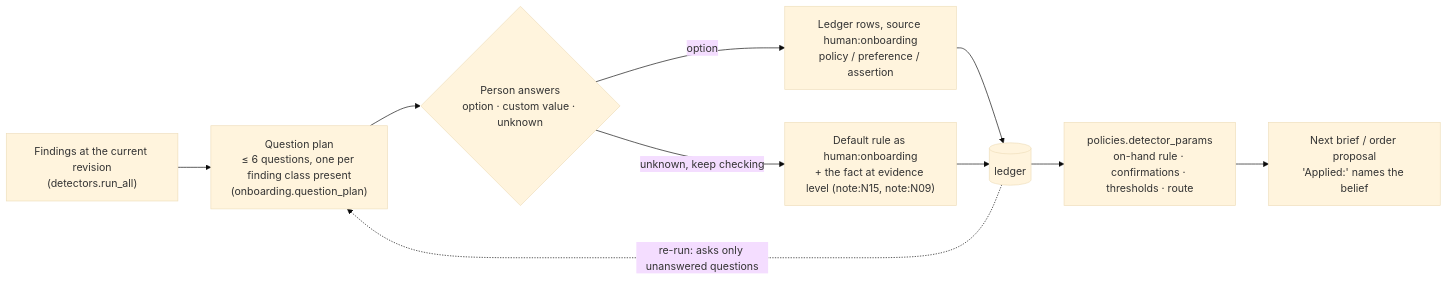
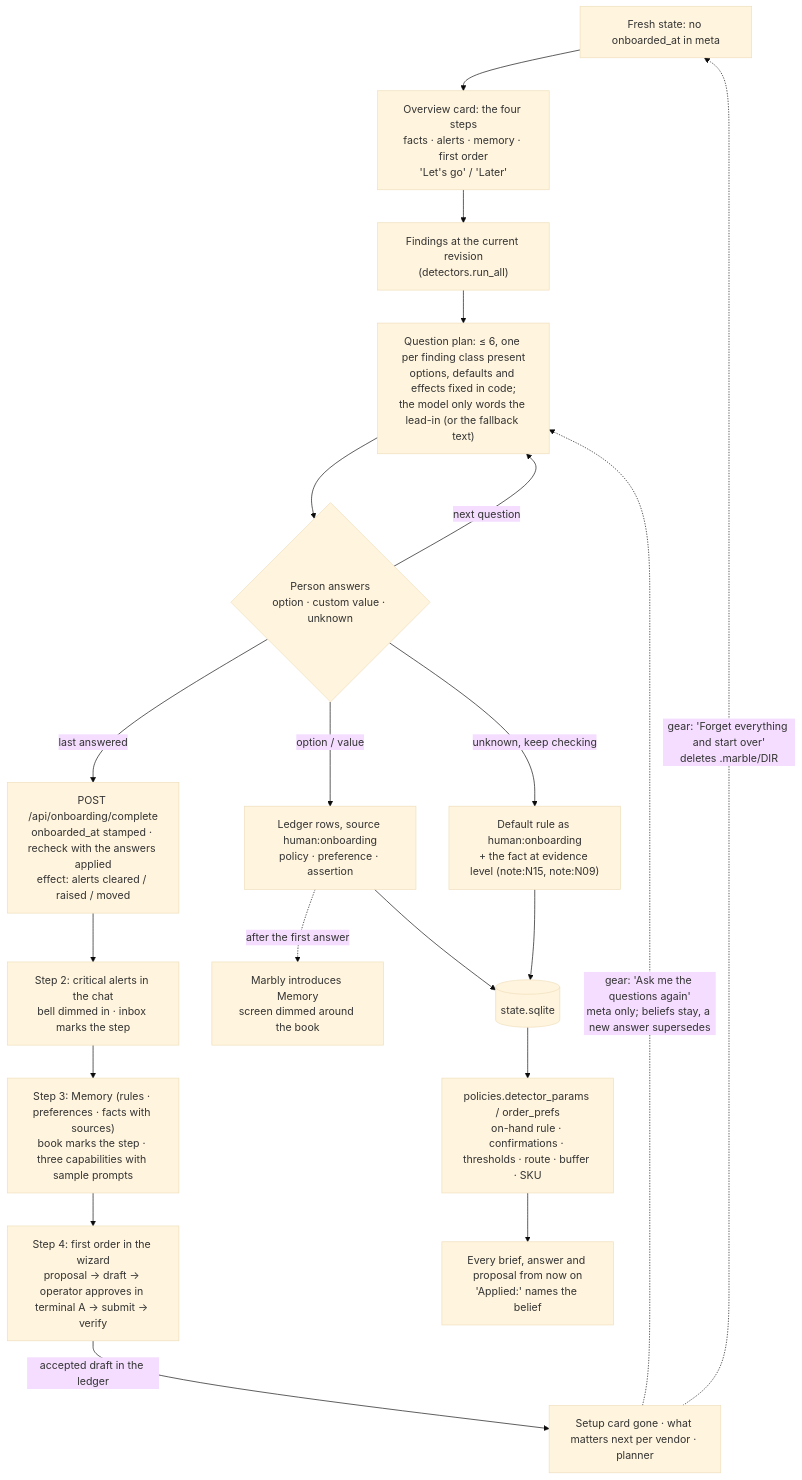
Before and after one commit to lilaland/lantern-yard-assistant: the diagram in docs/diagrams/02-onboarding.md, drawn with Mermaid (base theme). The commit also changed other lines of this file and 9 other files, not shown here.

First line of the commit message:
docs: diagrams redrawn, About page explains the two databases and how to wipe them, ARCHITECTURE.md rewritten

````diff
--- a/docs/diagrams/02-onboarding.md
+++ b/docs/diagrams/02-onboarding.md
@@ -3,12 +3,22 @@
 ```mermaid
-flowchart LR
-  F["Findings at the current revision<br/>(detectors.run_all)"] --> Q["Question plan<br/>≤ 6 questions, one per finding class present<br/>(onboarding.question_plan)"]
+flowchart TD
+  S0["Fresh state: no onboarded_at in meta"] --> OV["Overview card: the four steps<br/>facts · alerts · memory · first order<br/>'Let's go' / 'Later'"]
+  OV --> F["Findings at the current revision<br/>(detectors.run_all)"]
+  F --> Q["Question plan: ≤ 6, one per finding class present<br/>options, defaults and effects fixed in code;<br/>the model only words the lead-in (or the fallback text)"]
   Q --> P{"Person answers<br/>option · custom value · unknown"}
-  P -- "option" --> H["Ledger rows, source human:onboarding<br/>policy / preference / assertion"]
+  P -- "option / value" --> H["Ledger rows, source human:onboarding<br/>policy · preference · assertion"]
   P -- "unknown, keep checking" --> E["Default rule as human:onboarding<br/>+ the fact at evidence level (note:N15, note:N09)"]
-  H --> L[("ledger")]
+  H --> L[("state.sqlite")]
   E --> L
-  L --> D["policies.detector_params<br/>on-hand rule · confirmations · thresholds · route"]
-  D --> N["Next brief / order proposal<br/>'Applied:' names the belief"]
-  L -. "re-run: asks only unanswered questions" .-> Q
+  H -. "after the first answer" .-> MI["Marbly introduces Memory<br/>screen dimmed around the book"]
+  P -- "next question" --> Q
+  P -- "last answered" --> C["POST /api/onboarding/complete<br/>onboarded_at stamped · recheck with the answers applied<br/>effect: alerts cleared / raised / moved"]
+  C --> AL["Step 2: critical alerts in the chat<br/>bell dimmed in · inbox marks the step"]
+  AL --> ME["Step 3: Memory (rules · preferences · facts with sources)<br/>book marks the step · three capabilities with sample prompts"]
+  ME --> O1["Step 4: first order in the wizard<br/>proposal → draft → operator approves in terminal A → submit → verify"]
+  O1 -- "accepted draft in the ledger" --> DONE["Setup card gone · what matters next per vendor · planner"]
+  L --> D["policies.detector_params / order_prefs<br/>on-hand rule · confirmations · thresholds · route · buffer · SKU"]
+  D --> N["Every brief, answer and proposal from now on<br/>'Applied:' names the belief"]
+  DONE -. "gear: 'Ask me the questions again'<br/>meta only; beliefs stay, a new answer supersedes" .-> Q
+  DONE -. "gear: 'Forget everything and start over'<br/>deletes .marble/DIR" .-> S0
 ```
````
